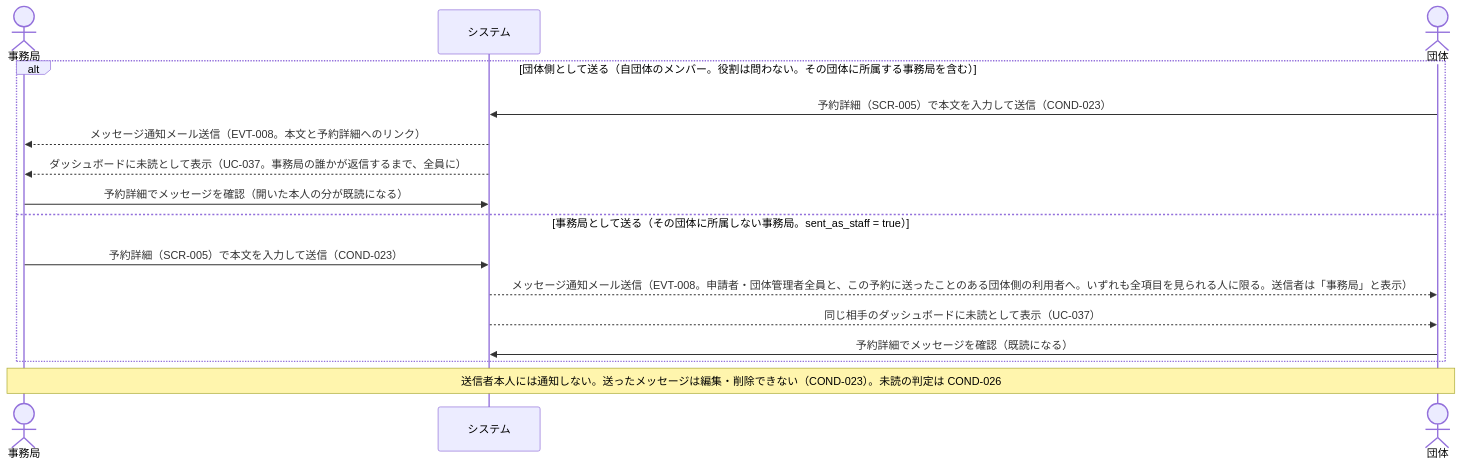
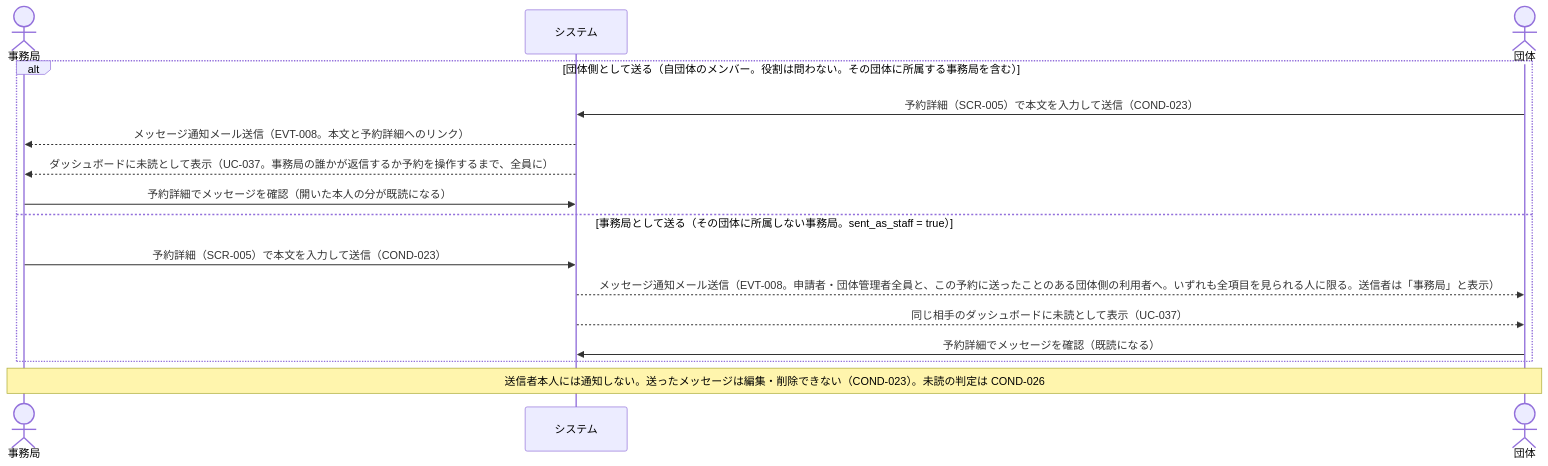
The fifth of 5 diagrams in rdra/contexts/reservation-approval.md (gdsc-osaka/iclub-reserve), drawn with Mermaid before and after one commit. The commit also changed 2 other files, not shown here.

Commit message:
docs(rdra): 最近の動きから除く事務局の操作と、事務局の既読の条件を COND-026 にそろえる
- 団体の最近の動き（UC-025・SCR-022）から除くのは、予約に対する事務局権限の操作だけにする。
  団体の有効化など予約以外への事務局の操作は未読に出ないため、最近の動きに残す
- BUC-009 の業務フローで、事務局の全員分が既読になる条件に「予約を操作したとき」を加える

````diff
--- a/rdra/contexts/reservation-approval.md
+++ b/rdra/contexts/reservation-approval.md
@@ -284,19 +284,19 @@
 ```mermaid
 sequenceDiagram
     actor 事務局
     participant システム
     actor 団体
 
     alt 団体側として送る（自団体のメンバー。役割は問わない。その団体に所属する事務局を含む）
         団体->>システム: 予約詳細（SCR-005）で本文を入力して送信（COND-023）
         システム-->>事務局: メッセージ通知メール送信（EVT-008。本文と予約詳細へのリンク）
-        システム-->>事務局: ダッシュボードに未読として表示（UC-037。事務局の誰かが返信するまで、全員に）
+        システム-->>事務局: ダッシュボードに未読として表示（UC-037。事務局の誰かが返信するか予約を操作するまで、全員に）
         事務局->>システム: 予約詳細でメッセージを確認（開いた本人の分が既読になる）
     else 事務局として送る（その団体に所属しない事務局。sent_as_staff = true）
         事務局->>システム: 予約詳細（SCR-005）で本文を入力して送信（COND-023）
         システム-->>団体: メッセージ通知メール送信（EVT-008。申請者・団体管理者全員と、この予約に送ったことのある団体側の利用者へ。いずれも全項目を見られる人に限る。送信者は「事務局」と表示）
         システム-->>団体: 同じ相手のダッシュボードに未読として表示（UC-037）
         団体->>システム: 予約詳細でメッセージを確認（既読になる）
     end
     Note over 事務局,団体: 送信者本人には通知しない。送ったメッセージは編集・削除できない（COND-023）。未読の判定は COND-026
 ```
````
